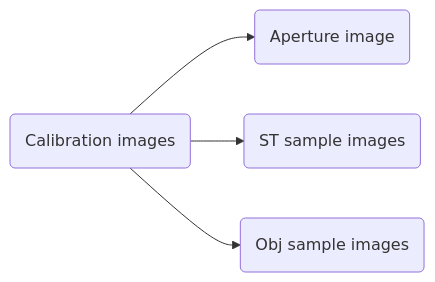
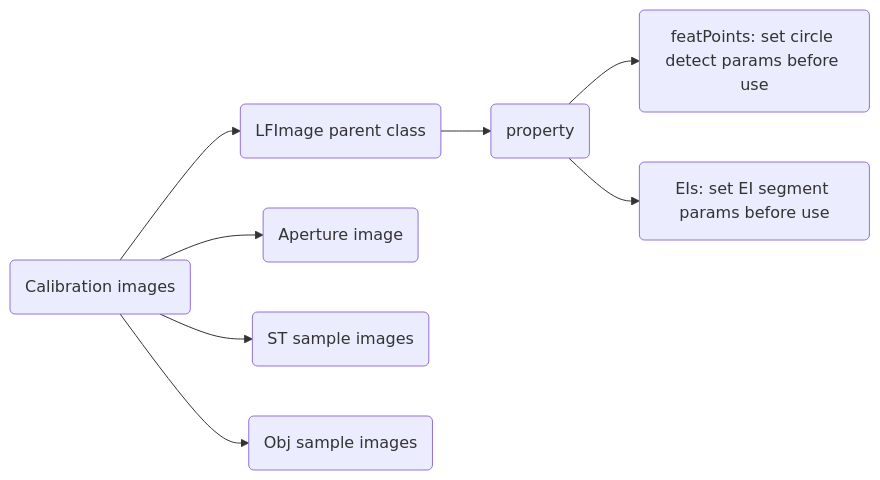
The second of 4 diagrams in README.md (ShenFeiyi/LFToolbox_v3), drawn with Mermaid before and after one commit. The commit also changed other lines of this file and 3 other files, not shown here.

````diff
--- a/README.md
+++ b/README.md
@@ -109,7 +109,11 @@
 ```mermaid
 flowchart LR
 P12(Calibration images)
-P12 --> P121(Aperture image)
-P12 --> P122(ST sample images)
-P12 --> P123(Obj sample images)
+P12 --> P121(LFImage parent class) --> P1211(property)
+P12 --> P122(Aperture image)
+P12 --> P123(ST sample images)
+P12 --> P124(Obj sample images)
+
+P1211 --> P12111(featPoints: set circle detect params before use)
+P1211 --> P12112(EIs: set EI segment params before use)
 ```
````
